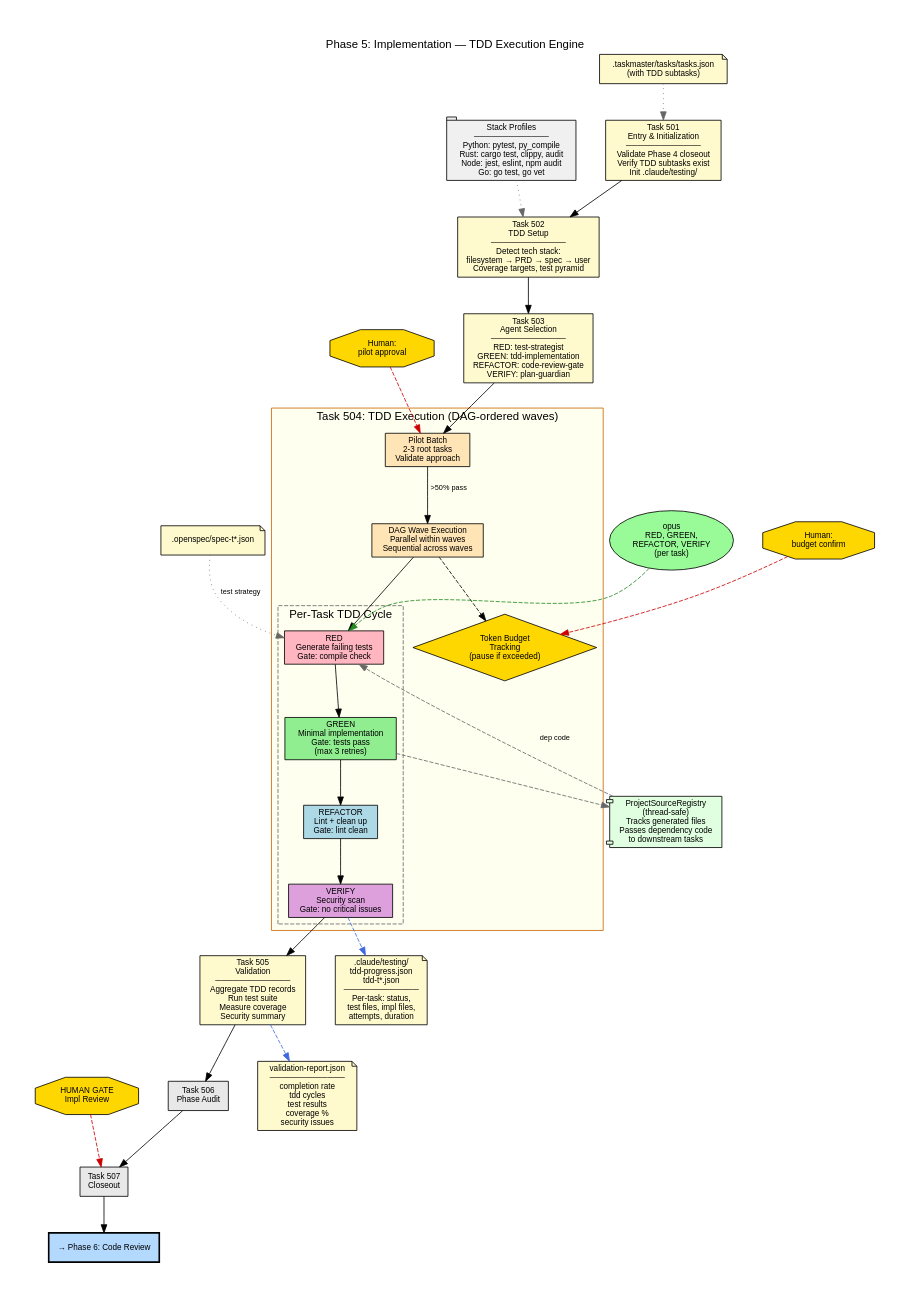
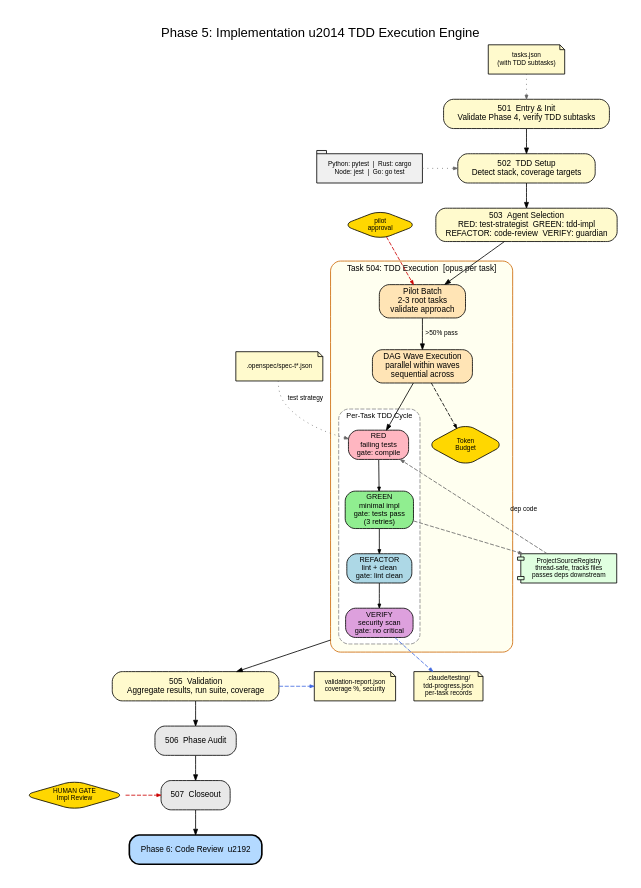
Before and after one commit to turbobeest/atomic-claude: the diagram in dev/docs/diagrams/06-phase-05-implementation.dot, drawn with Graphviz. The commit also changed 21 other files, not shown here.

First line of the commit message:
Clean up all 12 architecture diagrams for readability

```diff
--- a/dev/docs/diagrams/06-phase-05-implementation.dot
+++ b/dev/docs/diagrams/06-phase-05-implementation.dot
@@ -1,104 +1,111 @@
 // Phase 5: Implementation — Task Flow
-// Stack-aware parallel TDD execution with DAG-ordered waves
 // Generated: 2026-03-01 from codebase analysis
 
 digraph phase_05_implementation {
     rankdir=TB
     fontname="Helvetica"
-    fontsize=14
-    label="Phase 5: Implementation — TDD Execution Engine"
+    fontsize=16
+    label="Phase 5: Implementation \u2014 TDD Execution Engine"
     labelloc=t
-    pad=0.5
-    nodesep=0.5
-    ranksep=0.6
+    labeljust=c
+    pad=0.3
+    nodesep=0.3
+    ranksep=0.4
+    splines=true
+    bgcolor=white
+    compound=true
 
-    node [fontname="Helvetica", fontsize=10, style=filled, shape=box]
-    edge [fontname="Helvetica", fontsize=9]
+    node [fontname="Helvetica", fontsize=10, style="filled,rounded", shape=box, margin="0.12,0.06"]
+    edge [fontname="Helvetica", fontsize=8, arrowsize=0.7]
 
-    // Tasks
-    t501 [label="Task 501\nEntry & Initialization\n─────────────\nValidate Phase 4 closeout\nVerify TDD subtasks exist\nInit .claude/testing/", fillcolor="#FFFACD"]
-    t502 [label="Task 502\nTDD Setup\n─────────────\nDetect tech stack:\nfilesystem → PRD → spec → user\nCoverage targets, test pyramid", fillcolor="#FFFACD"]
-    t503 [label="Task 503\nAgent Selection\n─────────────\nRED: test-strategist\nGREEN: tdd-implementation\nREFACTOR: code-review-gate\nVERIFY: plan-guardian", fillcolor="#FFFACD"]
+    // ── Pre-execution tasks ──
+    t501 [label="501  Entry & Init\nValidate Phase 4, verify TDD subtasks", fillcolor="#FFFACD"]
+    t502 [label="502  TDD Setup\nDetect stack, coverage targets", fillcolor="#FFFACD"]
+    t503 [label="503  Agent Selection\nRED: test-strategist  GREEN: tdd-impl\nREFACTOR: code-review  VERIFY: guardian", fillcolor="#FFFACD"]
 
-    // Execution cluster
+    t501 -> t502 -> t503
+
+    // ── DAG execution ──
     subgraph cluster_exec {
-        label="Task 504: TDD Execution (DAG-ordered waves)"
-        style=filled
+        label="Task 504: TDD Execution  [opus per task]"
+        labeljust=c
+        fontsize=10
+        style="filled,rounded"
+        color="#CC6600"
         fillcolor="#FFFFF0"
-        color="#CC6600"
+        margin=10
 
-        pilot [label="Pilot Batch\n2-3 root tasks\nValidate approach", shape=box, fillcolor="#FFE4B5"]
-        dag [label="DAG Wave Execution\nParallel within waves\nSequential across waves", shape=box, fillcolor="#FFE4B5"]
+        pilot [label="Pilot Batch\n2-3 root tasks\nvalidate approach", fillcolor="#FFE4B5"]
+        dag [label="DAG Wave Execution\nparallel within waves\nsequential across", fillcolor="#FFE4B5"]
+
         pilot -> dag [label=">50% pass"]
 
         subgraph cluster_cycle {
             label="Per-Task TDD Cycle"
-            style=dashed
-            color="#666666"
+            labeljust=c
+            fontsize=9
+            style="dashed,rounded"
+            color="#888888"
+            margin=8
 
-            red [label="RED\nGenerate failing tests\nGate: compile check", fillcolor="#FFB6C1"]
-            green [label="GREEN\nMinimal implementation\nGate: tests pass\n(max 3 retries)", fillcolor="#90EE90"]
-            refactor [label="REFACTOR\nLint + clean up\nGate: lint clean", fillcolor="#ADD8E6"]
-            verify [label="VERIFY\nSecurity scan\nGate: no critical issues", fillcolor="#DDA0DD"]
-            red -> green -> refactor -> verify
+            node [fontsize=9, margin="0.08,0.04"]
+            red [label="RED\nfailing tests\ngate: compile", fillcolor="#FFB6C1"]
+            green [label="GREEN\nminimal impl\ngate: tests pass\n(3 retries)", fillcolor="#90EE90"]
+            refactor [label="REFACTOR\nlint + clean\ngate: lint clean", fillcolor="#ADD8E6"]
+            verify [label="VERIFY\nsecurity scan\ngate: no critical", fillcolor="#DDA0DD"]
+
+            red -> green -> refactor -> verify [arrowsize=0.5]
         }
 
         dag -> red
 
-        budget [label="Token Budget\nTracking\n(pause if exceeded)", shape=diamond, fillcolor="#FFD700"]
-        dag -> budget [style=dashed]
+        budget [label="Token\nBudget", shape=diamond, fillcolor="#FFD700", fontsize=8, width=0.8, height=0.5]
+        dag -> budget [style=dashed, arrowsize=0.5]
     }
 
-    t505 [label="Task 505\nValidation\n─────────────\nAggregate TDD records\nRun test suite\nMeasure coverage\nSecurity summary", fillcolor="#FFFACD"]
-    t506 [label="Task 506\nPhase Audit", fillcolor="#E8E8E8"]
-    t507 [label="Task 507\nCloseout", fillcolor="#E8E8E8"]
+    // ── Post-execution ──
+    t505 [label="505  Validation\nAggregate results, run suite, coverage", fillcolor="#FFFACD"]
+    t506 [label="506  Phase Audit", fillcolor="#E8E8E8"]
+    t507 [label="507  Closeout", fillcolor="#E8E8E8"]
+    next [label="Phase 6: Code Review  \u2192", fillcolor="#B3D9FF", style="filled,rounded,bold"]
 
-    t501 -> t502 -> t503 -> pilot
+    t503 -> pilot
     verify -> t505 [ltail=cluster_exec]
-    t505 -> t506 -> t507
+    t505 -> t506 -> t507 -> next
 
-    // Inputs
-    node [shape=note, fillcolor="#FFFACD"]
-    i_tasks [label=".taskmaster/tasks/tasks.json\n(with TDD subtasks)"]
+    // ── Human gates ──
+    node [shape=diamond, fillcolor="#FFD700", fontsize=8, margin="0.08,0.04"]
+    h_pilot [label="pilot\napproval"]
+    h_impl [label="HUMAN GATE\nImpl Review"]
+    h_pilot -> pilot [style=dashed, color="#CC0000", arrowsize=0.5]
+    h_impl -> t507 [style=dashed, color="#CC0000", arrowsize=0.5]
+    {rank=same; t507; h_impl}
+
+    // ── Source Registry ──
+    node [shape=component, fillcolor="#E0FFE0", fontsize=8]
+    registry [label="ProjectSourceRegistry\nthread-safe, tracks files\npasses deps downstream"]
+    green -> registry [style=dashed, color="#666666", arrowsize=0.5]
+    registry -> red [style=dashed, color="#666666", arrowsize=0.5, label="dep code"]
+
+    // ── Inputs ──
+    node [shape=note, fillcolor="#FFFACD", fontsize=8]
+    i_tasks [label="tasks.json\n(with TDD subtasks)"]
     i_specs [label=".openspec/spec-t*.json"]
-    i_tasks -> t501 [style=dotted, color="#666666"]
-    i_specs -> red [style=dotted, color="#666666", label="test strategy"]
+    i_tasks -> t501 [style=dotted, color="#666666", arrowsize=0.5]
+    i_specs -> red [style=dotted, color="#666666", arrowsize=0.5, label="test strategy"]
 
-    // LLM
-    node [shape=oval, fillcolor="#98FB98"]
-    llm [label="opus\nRED, GREEN,\nREFACTOR, VERIFY\n(per task)"]
-    llm -> red [style=dashed, color="#228B22"]
+    // ── Outputs ──
+    node [shape=note, fillcolor="#FFFACD", fontsize=8, margin="0.08,0.04"]
+    o_progress [label=".claude/testing/\ntdd-progress.json\nper-task records"]
+    o_validation [label="validation-report.json\ncoverage %, security"]
 
-    // Source registry
-    node [shape=component, fillcolor="#E0FFE0"]
-    registry [label="ProjectSourceRegistry\n(thread-safe)\nTracks generated files\nPasses dependency code\nto downstream tasks"]
-    green -> registry [style=dashed, color="#666666"]
-    registry -> red [style=dashed, color="#666666", label="dep code"]
+    verify -> o_progress [style=dashed, color="#4169E1", arrowsize=0.5]
+    t505 -> o_validation [style=dashed, color="#4169E1", arrowsize=0.5]
+    {rank=same; t505; o_validation}
 
-    // Outputs
-    node [shape=note, fillcolor="#FFFACD"]
-    o_progress [label=".claude/testing/\ntdd-progress.json\ntdd-t*.json\n─────────────\nPer-task: status,\ntest files, impl files,\nattempts, duration"]
-    o_validation [label="validation-report.json\n─────────────\ncompletion rate\ntdd cycles\ntest results\ncoverage %\nsecurity issues"]
-
-    verify -> o_progress [style=dashed, color="#4169E1"]
-    t505 -> o_validation [style=dashed, color="#4169E1"]
-
-    // Stack profiles
-    node [shape=tab, fillcolor="#F0F0F0"]
-    stacks [label="Stack Profiles\n─────────────\nPython: pytest, py_compile\nRust: cargo test, clippy, audit\nNode: jest, eslint, npm audit\nGo: go test, go vet"]
-    stacks -> t502 [style=dotted, color="#666666"]
-
-    // Human
-    node [shape=octagon, fillcolor="#FFD700"]
-    h_pilot [label="Human:\npilot approval"]
-    h_budget [label="Human:\nbudget confirm"]
-    h_gate [label="HUMAN GATE\nImpl Review"]
-    h_pilot -> pilot [style=dashed, color="#CC0000"]
-    h_budget -> budget [style=dashed, color="#CC0000"]
-    h_gate -> t507 [style=dashed, color="#CC0000"]
-
-    // Next
-    node [shape=box, fillcolor="#B3D9FF", style="filled,bold"]
-    next [label="→ Phase 6: Code Review"]
-    t507 -> next
+    // ── Stack profiles ──
+    node [shape=tab, fillcolor="#F0F0F0", fontsize=8]
+    stacks [label="Python: pytest  |  Rust: cargo\nNode: jest  |  Go: go test"]
+    stacks -> t502 [style=dotted, color="#666666", arrowsize=0.5]
+    {rank=same; t502; stacks}
 }
```
